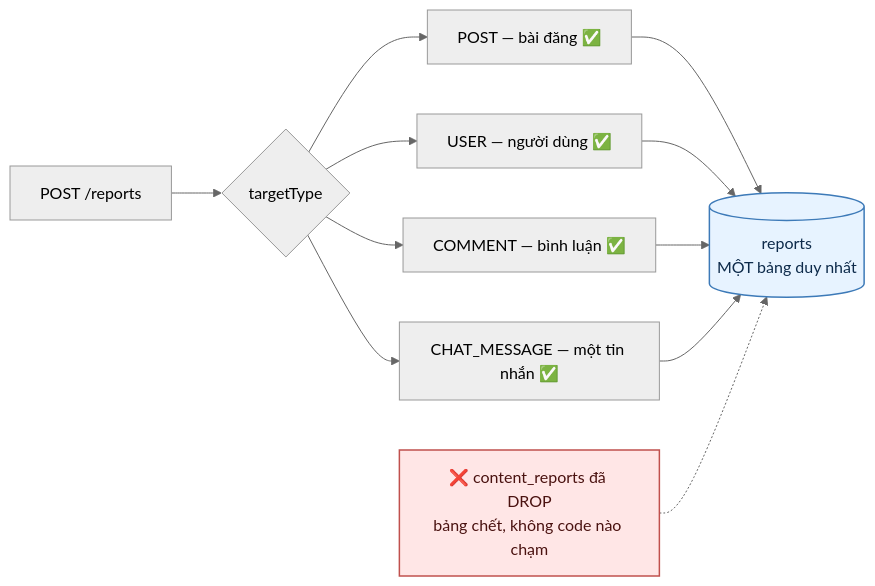
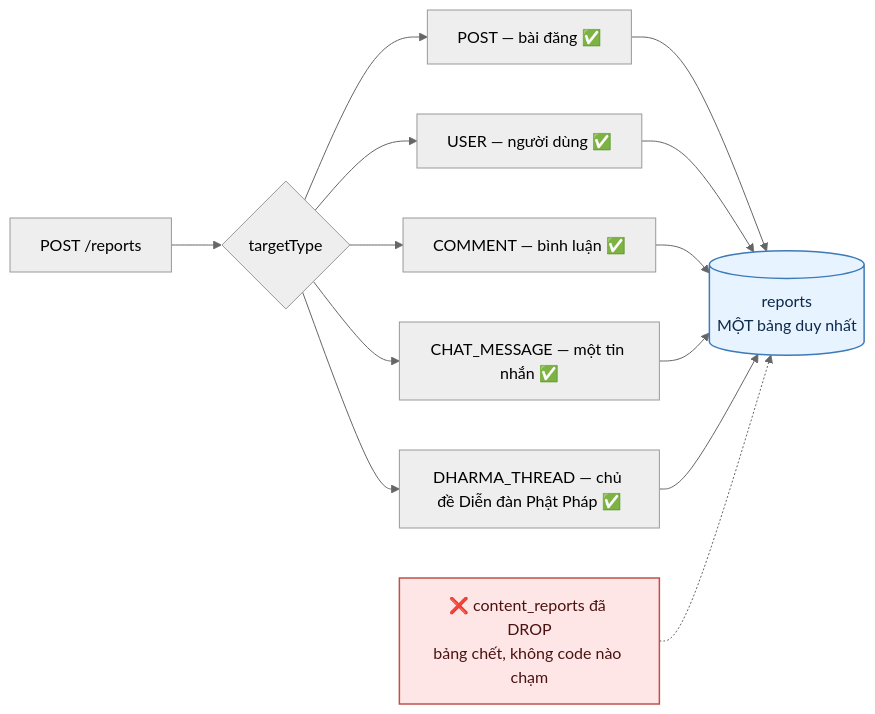
The first of 5 diagrams in docs/diagram/15-report.md (fdshn/trueheart), drawn with Mermaid (neutral theme) before and after one commit. The commit also changed other lines of this file and 49 other files, not shown here.

````diff
--- a/docs/diagram/15-report.md
+++ b/docs/diagram/15-report.md
@@ -7,15 +7,16 @@
 ```mermaid
 flowchart LR
     A["POST /reports"] --> B{targetType}
     B --> C["POST — bài đăng ✅"]
     B --> D["USER — người dùng ✅"]
     B --> E["COMMENT — bình luận ✅"]
     B --> H["CHAT_MESSAGE — một tin nhắn ✅"]
+    B --> T["DHARMA_THREAD — chủ đề Diễn đàn Phật Pháp ✅"]
 
-    C & D & E & H --> F[(reports<br/>MỘT bảng duy nhất)]
+    C & D & E & H & T --> F[(reports<br/>MỘT bảng duy nhất)]
 
     G["❌ content_reports đã DROP<br/>bảng chết, không code nào chạm"] -.-> F
 
     style F fill:#e7f3ff,stroke:#3d7ab8,stroke-width:1.5px,color:#0d2a4a
     style G fill:#ffe6e6,stroke:#c0504d,stroke-width:1.5px,color:#4a1210
 ```
````
